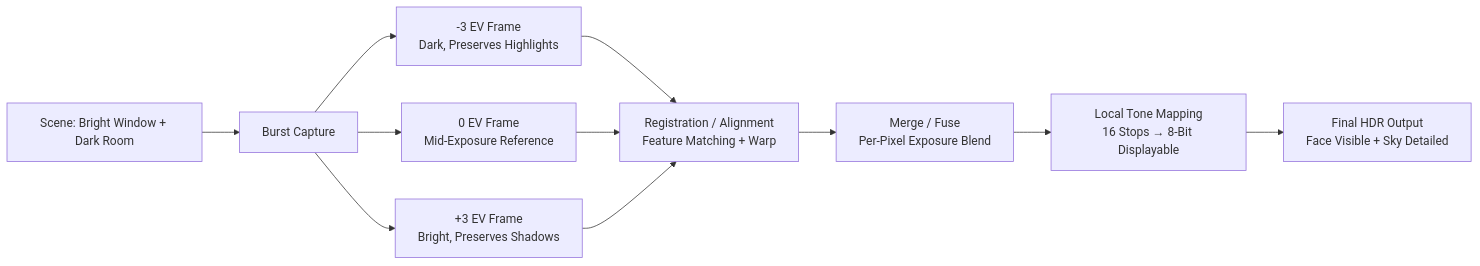
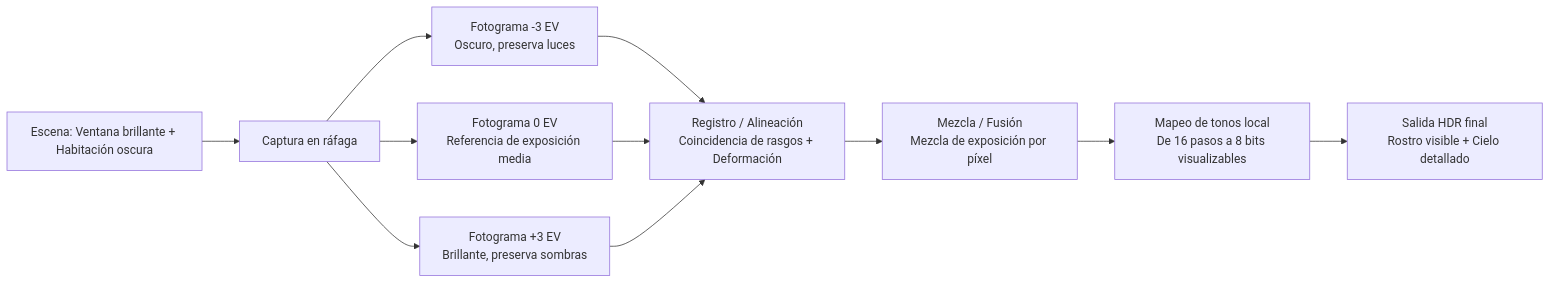
The first of 7 diagrams in website/i18n/es/docusaurus-plugin-content-docs/current/camera2/what-can-modern-smartphone-cameras-do.md (zoozooll/AndroidCameraParameters), drawn with Mermaid before and after one commit. The commit also changed other lines of this file and 378 other files, not shown here.

````diff
--- a/website/i18n/es/docusaurus-plugin-content-docs/current/camera2/what-can-modern-smartphone-cameras-do.md
+++ b/website/i18n/es/docusaurus-plugin-content-docs/current/camera2/what-can-modern-smartphone-cameras-do.md
@@ -32,13 +32,13 @@
 ```mermaid
 flowchart LR
-    A[Scene: Bright Window + Dark Room] --> B[Burst Capture]
-    B --> C1[-3 EV Frame\nDark, Preserves Highlights]
-    B --> C2[0 EV Frame\nMid-Exposure Reference]
-    B --> C3[+3 EV Frame\nBright, Preserves Shadows]
-    C1 --> D[Registration / Alignment\nFeature Matching + Warp]
+    A["Escena: Ventana brillante + Habitación oscura"] --> B["Captura en ráfaga"]
+    B --> C1["Fotograma -3 EV<br/>Oscuro, preserva luces"]
+    B --> C2["Fotograma 0 EV<br/>Referencia de exposición media"]
+    B --> C3["Fotograma +3 EV<br/>Brillante, preserva sombras"]
+    C1 --> D["Registro / Alineación<br/>Coincidencia de rasgos + Deformación"]
     C2 --> D
     C3 --> D
-    D --> E[Merge / Fuse\nPer-Pixel Exposure Blend]
-    E --> F[Local Tone Mapping\n16 Stops → 8-Bit Displayable]
-    F --> G[Final HDR Output\nFace Visible + Sky Detailed]
+    D --> E["Mezcla / Fusión<br/>Mezcla de exposición por píxel"]
+    E --> F["Mapeo de tonos local<br/>De 16 pasos a 8 bits visualizables"]
+    F --> G["Salida HDR final<br/>Rostro visible + Cielo detallado"]
 ```
````
